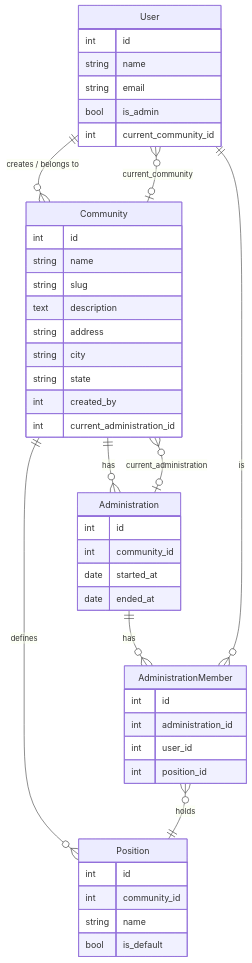
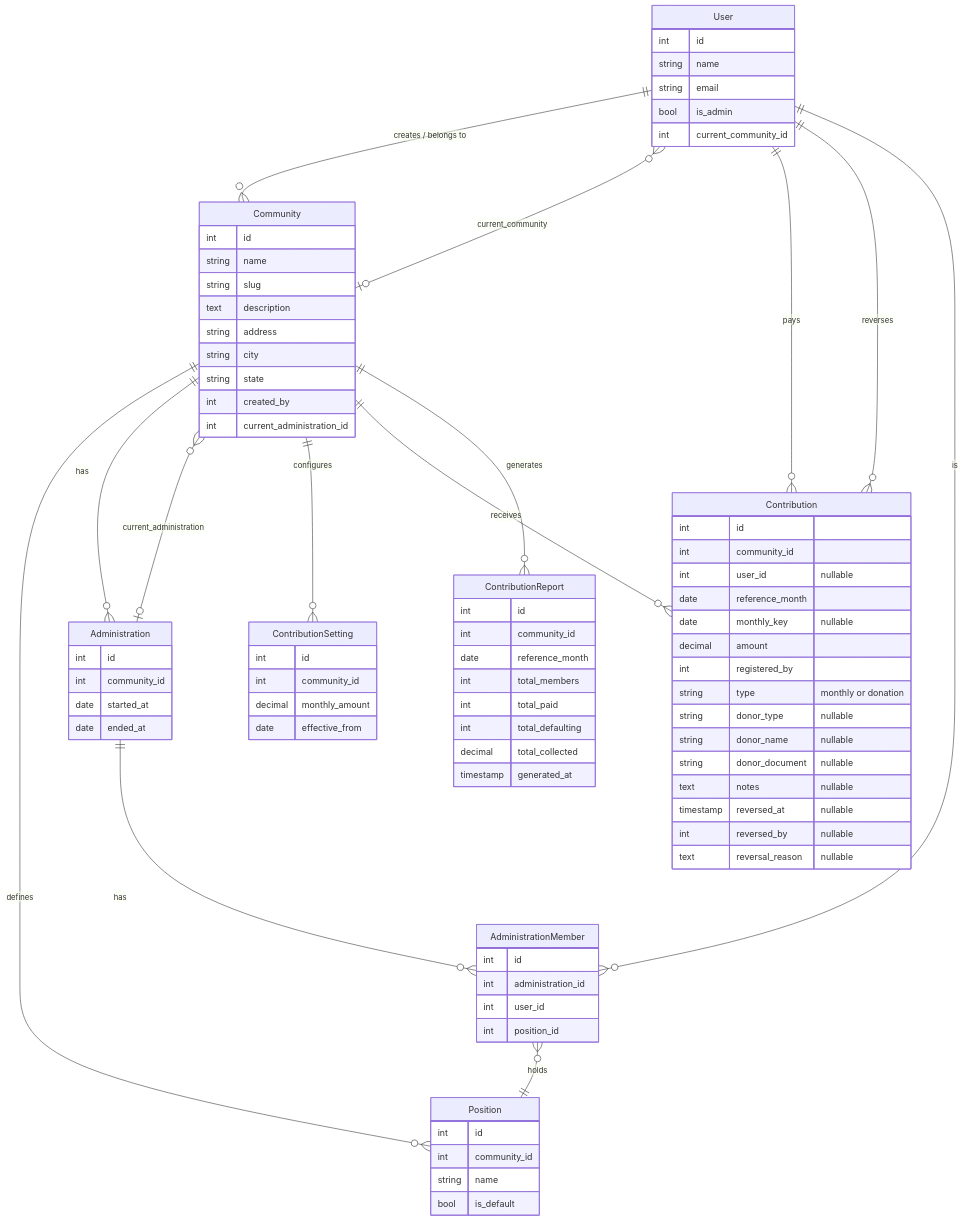
One commit to HDias/community changed the third of 3 diagrams in docs/ARCHITECTURE.md. Above: the diagram before and after it, drawn with Mermaid. The commit also changed other lines of this file and 4 other files, not shown here.

````diff
--- a/docs/ARCHITECTURE.md
+++ b/docs/ARCHITECTURE.md
@@ -89,6 +89,11 @@
     AdministrationMember }o--|| Position : "holds"
     Community }o--o| Administration : "current_administration"
     User }o--o| Community : "current_community"
+    Community ||--o{ ContributionSetting : "configures"
+    Community ||--o{ Contribution : "receives"
+    Community ||--o{ ContributionReport : "generates"
+    User ||--o{ Contribution : "pays"
+    User ||--o{ Contribution : "reverses"
 
     User {
         int id
@@ -130,4 +135,40 @@
         string name
         bool is_default
     }
+
+    ContributionSetting {
+        int id
+        int community_id
+        decimal monthly_amount
+        date effective_from
+    }
+
+    Contribution {
+        int id
+        int community_id
+        int user_id "nullable"
+        date reference_month
+        date monthly_key "nullable"
+        decimal amount
+        int registered_by
+        string type "monthly or donation"
+        string donor_type "nullable"
+        string donor_name "nullable"
+        string donor_document "nullable"
+        text notes "nullable"
+        timestamp reversed_at "nullable"
+        int reversed_by "nullable"
+        text reversal_reason "nullable"
+    }
+
+    ContributionReport {
+        int id
+        int community_id
+        date reference_month
+        int total_members
+        int total_paid
+        int total_defaulting
+        decimal total_collected
+        timestamp generated_at
+    }
 ```
````
